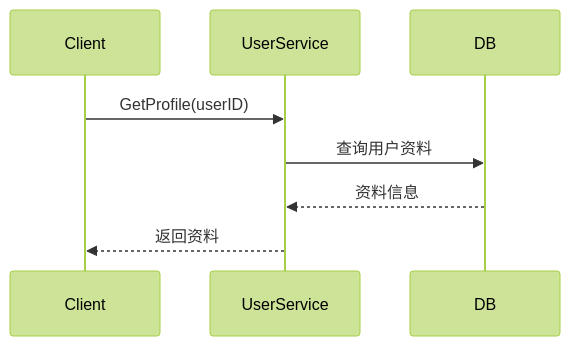
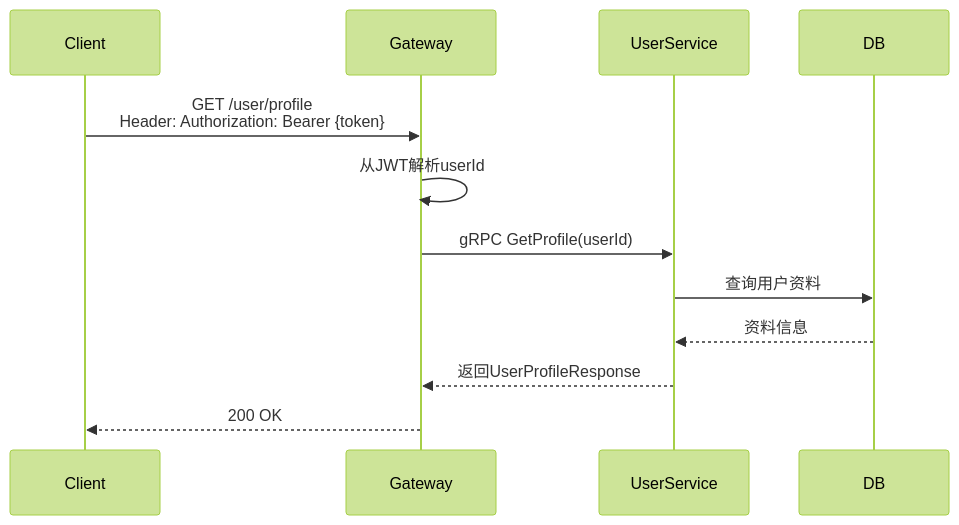
The first of 4 diagrams in docs/design/user/profile.md (yzhgit/anychat-server), drawn with Mermaid (forest theme) before and after one commit. The commit also changed other lines of this file and 30 other files, not shown here.

First line of the commit message:
docs: 更新设计文档时序图，添加Gateway和NATS参与者

````diff
--- a/docs/design/user/profile.md
+++ b/docs/design/user/profile.md
@@ -47,11 +47,15 @@
 ```mermaid
 sequenceDiagram
     participant Client
+    participant Gateway
     participant UserService
     participant DB
 
-    Client->>UserService: GetProfile(userID)
+    Client->>Gateway: GET /user/profile<br/>Header: Authorization: Bearer {token}
+    Gateway->>Gateway: 从JWT解析userId
+    Gateway->>UserService: gRPC GetProfile(userId)
     UserService->>DB: 查询用户资料
     DB-->>UserService: 资料信息
-    UserService-->>Client: 返回资料
+    UserService-->>Gateway: 返回UserProfileResponse
+    Gateway-->>Client: 200 OK
 ```
````
